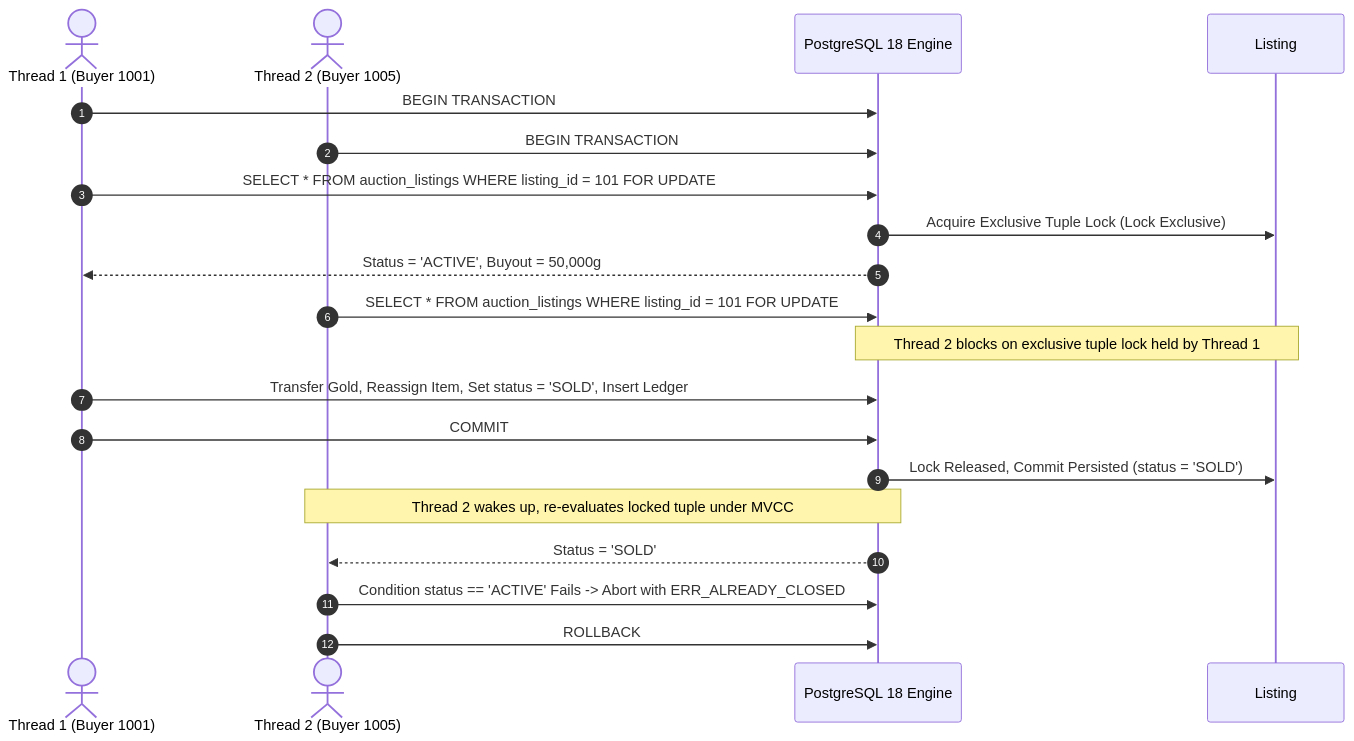
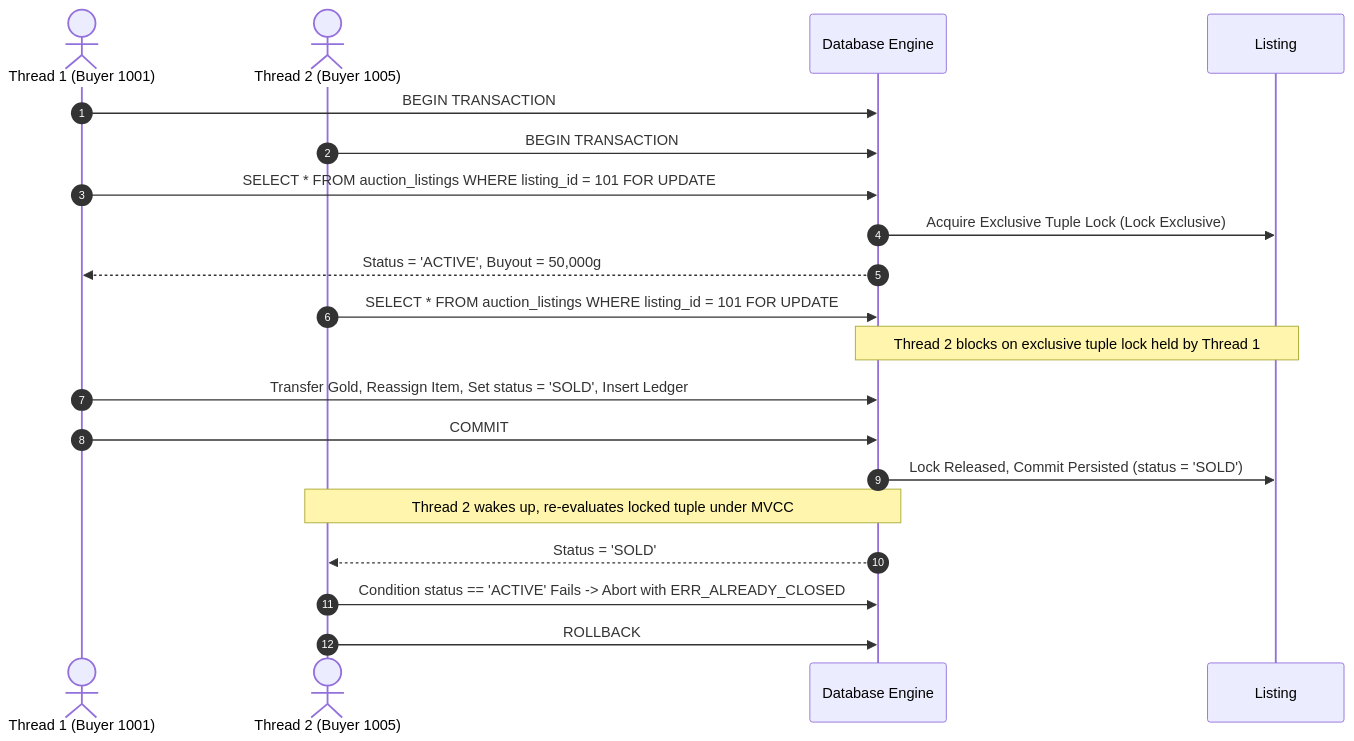
Before and after one commit to sebiny12p/Scrolls-of-Agora: the diagram in docs/CONCURRENCY.md, drawn with Mermaid. The commit also changed other lines of this file and 20 other files, not shown here.

````diff
--- a/docs/CONCURRENCY.md
+++ b/docs/CONCURRENCY.md
@@ -33,27 +33,27 @@
 ```mermaid
 sequenceDiagram
     autonumber
     actor Buyer1 as Thread 1 (Buyer 1001)
     actor Buyer2 as Thread 2 (Buyer 1005)
-    participant Engine as PostgreSQL 18 Engine
+    participant Engine as Database Engine
     participant Row as Listing #101 Row
 
     Buyer1->>Engine: BEGIN TRANSACTION
     Buyer2->>Engine: BEGIN TRANSACTION
 
     Buyer1->>Engine: SELECT * FROM auction_listings WHERE listing_id = 101 FOR UPDATE
     Engine->>Row: Acquire Exclusive Tuple Lock (Lock Exclusive)
     Engine-->>Buyer1: Status = 'ACTIVE', Buyout = 50,000g
 
     Buyer2->>Engine: SELECT * FROM auction_listings WHERE listing_id = 101 FOR UPDATE
     Note over Engine,Row: Thread 2 blocks on exclusive tuple lock held by Thread 1
 
     Buyer1->>Engine: Transfer Gold, Reassign Item, Set status = 'SOLD', Insert Ledger
     Buyer1->>Engine: COMMIT
     Engine->>Row: Lock Released, Commit Persisted (status = 'SOLD')
 
     Note over Engine,Buyer2: Thread 2 wakes up, re-evaluates locked tuple under MVCC
     Engine-->>Buyer2: Status = 'SOLD'
     Buyer2->>Engine: Condition status == 'ACTIVE' Fails -> Abort with ERR_ALREADY_CLOSED
     Buyer2->>Engine: ROLLBACK
 ```
````
